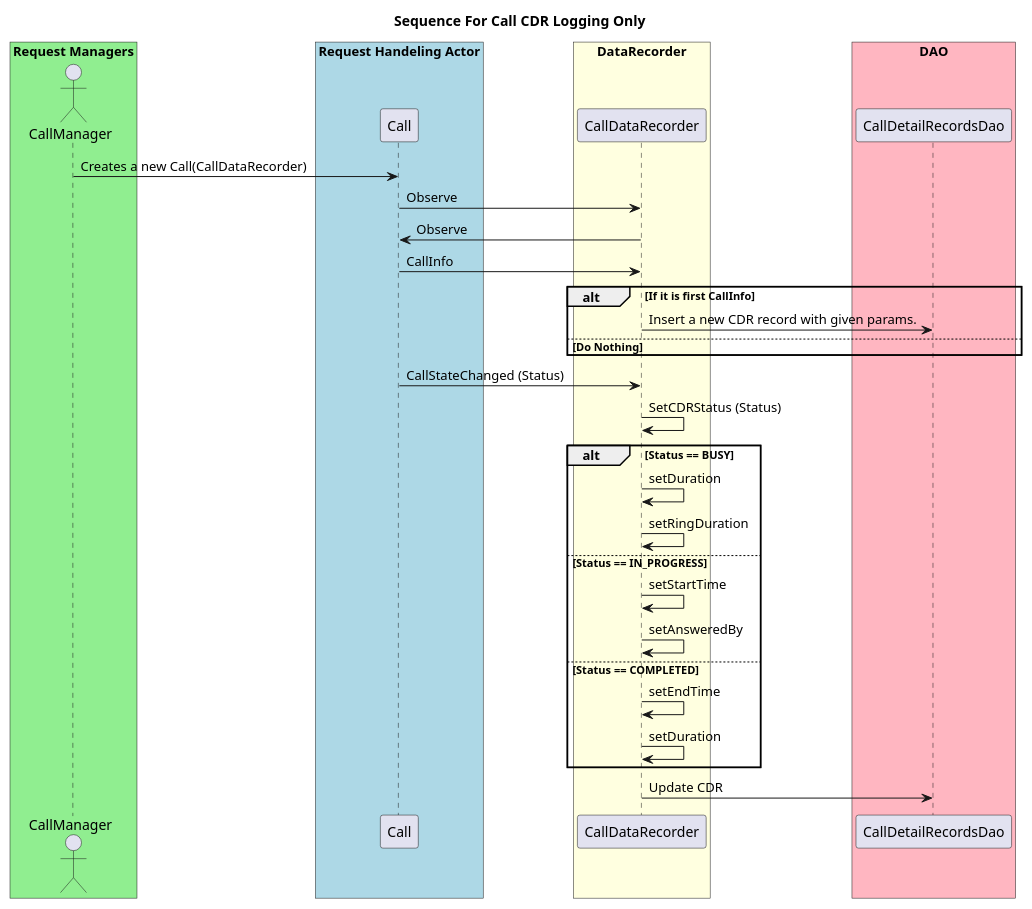
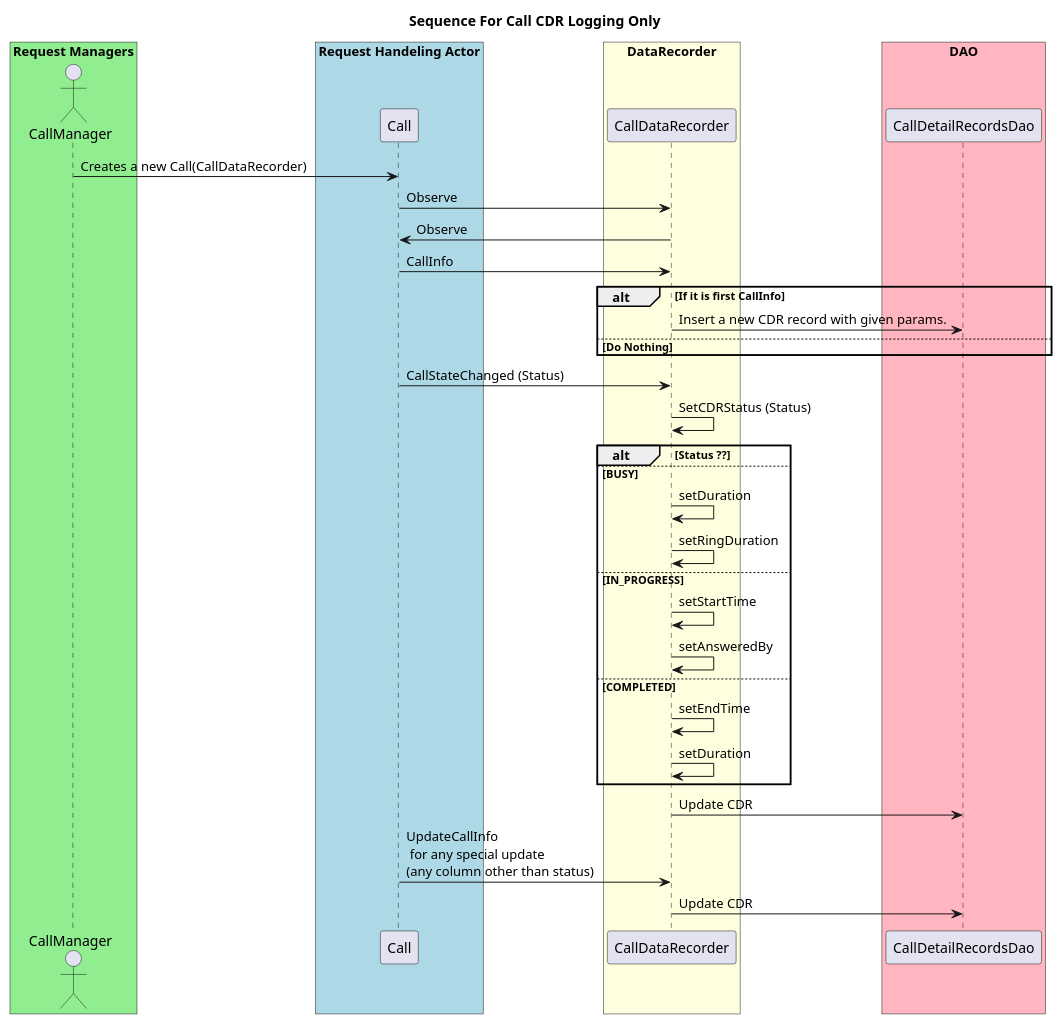
The diagram in restcomm/restcomm.docs/design-documentation/restcomm-db-logging/sequence-diagram.adoc (RestComm/Restcomm-Connect), drawn with PlantUML before and after one commit. The commit also changed 1 other file, not shown here.

Commit message:
deign corrections

```diff
--- a/restcomm/restcomm.docs/design-documentation/restcomm-db-logging/sequence-diagram.adoc
+++ b/restcomm/restcomm.docs/design-documentation/restcomm-db-logging/sequence-diagram.adoc
@@ -1,48 +1,52 @@
-[plantuml, sequence, svg]     
+[plantuml, sequence, png]     
 ....
 title Sequence For Call CDR Logging Only
 
 actor CallManager
 
 box "Request Managers" #LightGreen
 	participant CallManager
 end box
 
 box "Request Handeling Actor" #LightBlue
     participant Call
 end box
 
 box "DataRecorder" #LightYellow
 	participant CallDataRecorder
 end box
 
 box "DAO" #LightPink
 	participant CallDetailRecordsDao
 end box
 
 CallManager -> Call : Creates a new Call(CallDataRecorder)
 Call -> CallDataRecorder: Observe
 Call <- CallDataRecorder: Observe
 Call -> CallDataRecorder: CallInfo
 
 alt If it is first CallInfo
     CallDataRecorder -> CallDetailRecordsDao: Insert a new CDR record with given params.
 else Do Nothing
 end
 
 Call -> CallDataRecorder: CallStateChanged (Status)
 CallDataRecorder -> CallDataRecorder: SetCDRStatus (Status)
 
-alt Status == BUSY
+alt Status ??
+else BUSY
     CallDataRecorder -> CallDataRecorder: setDuration
     CallDataRecorder -> CallDataRecorder: setRingDuration
-else Status == IN_PROGRESS
+else IN_PROGRESS
     CallDataRecorder -> CallDataRecorder: setStartTime
     CallDataRecorder -> CallDataRecorder: setAnsweredBy
-else Status == COMPLETED
+else COMPLETED
     CallDataRecorder -> CallDataRecorder: setEndTime
     CallDataRecorder -> CallDataRecorder: setDuration
 end
 
 CallDataRecorder -> CallDetailRecordsDao: Update CDR
+
+Call -> CallDataRecorder: UpdateCallInfo\n for any special update\n(any column other than status)
+CallDataRecorder -> CallDetailRecordsDao: Update CDR
 ....
```
